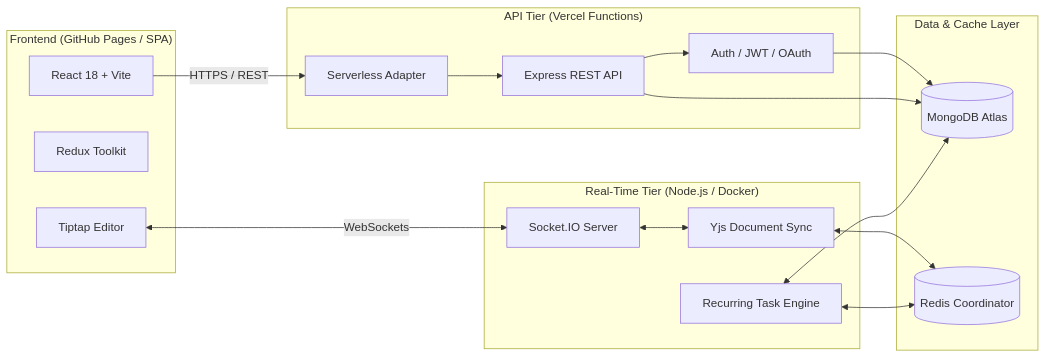
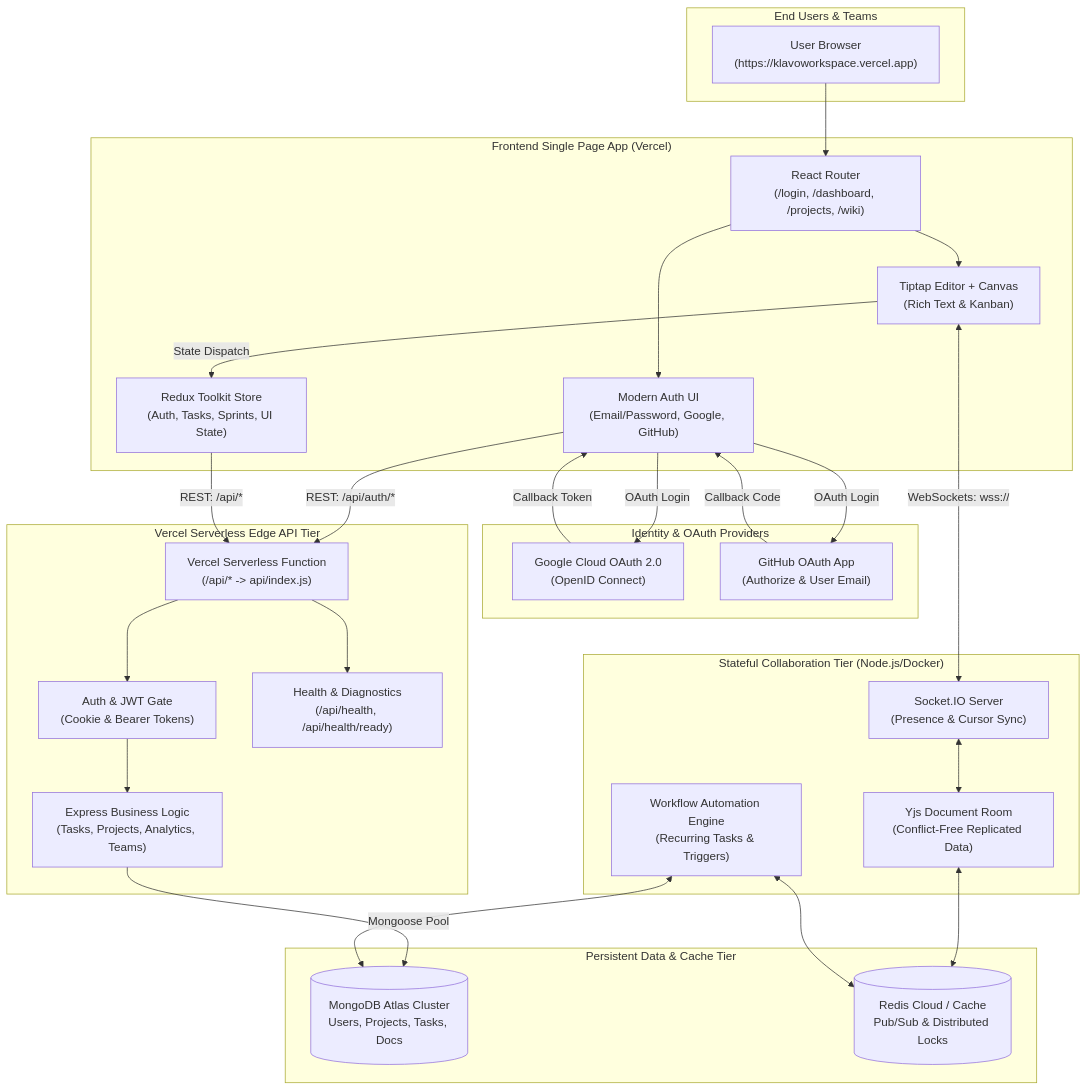
One commit to thisisanimesh01/Klavo changed the diagram in README.md. Above: the diagram before and after it, drawn with Mermaid. The commit also changed other lines of this file and 3 other files, not shown here.

First line of the commit message:
feat(ui): modernize login & registration experience and add website working diagram to README (#149)

````diff
--- a/README.md
+++ b/README.md
@@ -12,37 +15,63 @@
 ```mermaid
-flowchart LR
-    subgraph Client["Frontend (GitHub Pages / SPA)"]
-        UI[React 18 + Vite]
-        RT[Redux Toolkit]
-        Editor[Tiptap Editor]
+flowchart TD
+    %% User entry and client layer
+    subgraph Users["End Users & Teams"]
+        Browser["User Browser\n(https://klavoworkspace.vercel.app)"]
     end
 
-    subgraph Serverless["API Tier (Vercel Functions)"]
-        H[Serverless Adapter]
-        App[Express REST API]
-        Auth[Auth / JWT / OAuth]
+    subgraph ClientApp["Frontend Single Page App (Vercel)"]
+        Router["React Router\n(/login, /dashboard, /projects, /wiki)"]
+        AuthUI["Modern Auth UI\n(Email/Password, Google, GitHub)"]
+        State["Redux Toolkit Store\n(Auth, Tasks, Sprints, UI State)"]
+        CollabUI["Tiptap Editor + Canvas\n(Rich Text & Kanban)"]
     end
 
-    subgraph Stateful["Real-Time Tier (Node.js / Docker)"]
-        WS[Socket.IO Server]
-        CRDT[Yjs Document Sync]
-        Cron[Recurring Task Engine]
+    subgraph Identity["Identity & OAuth Providers"]
+        Google["Google Cloud OAuth 2.0\n(OpenID Connect)"]
+        GitHub["GitHub OAuth App\n(Authorize & User Email)"]
     end
 
-    subgraph DataTier["Data & Cache Layer"]
-        M[(MongoDB Atlas)]
-        R[(Redis Coordinator)]
+    subgraph EdgeTier["Vercel Serverless Edge API Tier"]
+        ApiGateway["Vercel Serverless Function\n(/api/* -> api/index.js)"]
+        AuthModule["Auth & JWT Gate\n(Cookie & Bearer Tokens)"]
+        Controllers["Express Business Logic\n(Tasks, Projects, Analytics, Teams)"]
+        HealthModule["Health & Diagnostics\n(/api/health, /api/health/ready)"]
     end
 
-    UI -->|HTTPS / REST| H
-    H --> App
-    App --> Auth
-    Auth --> M
-    App --> M
+    subgraph RealtimeTier["Stateful Collaboration Tier (Node.js/Docker)"]
+        SocketServer["Socket.IO Server\n(Presence & Cursor Sync)"]
+        CRDTServer["Yjs Document Room\n(Conflict-Free Replicated Data)"]
+        CronEngine["Workflow Automation Engine\n(Recurring Tasks & Triggers)"]
+    end
 
-    Editor <-->|WebSockets| WS
-    WS <--> CRDT
-    CRDT <--> R
-    Cron <--> M
-    Cron <--> R
+    subgraph StorageTier["Persistent Data & Cache Tier"]
+        Mongo[(MongoDB Atlas Cluster\nUsers, Projects, Tasks, Docs)]
+        Redis[(Redis Cloud / Cache\nPub/Sub & Distributed Locks)]
+    end
+
+    %% Flow connections
+    Browser --> Router
+    Router --> AuthUI
+    Router --> CollabUI
+
+    AuthUI -->|OAuth Login| Google
+    AuthUI -->|OAuth Login| GitHub
+    Google -->|Callback Token| AuthUI
+    GitHub -->|Callback Code| AuthUI
+
+    AuthUI -->|REST: /api/auth/*| ApiGateway
+    CollabUI -->|State Dispatch| State
+    State -->|REST: /api/*| ApiGateway
+
+    ApiGateway --> AuthModule
+    AuthModule --> Controllers
+    ApiGateway --> HealthModule
+
+    Controllers -->|Mongoose Pool| Mongo
+
+    CollabUI <-->|WebSockets: wss://| SocketServer
+    SocketServer <--> CRDTServer
+    CRDTServer <--> Redis
+    CronEngine <--> Mongo
+    CronEngine <--> Redis
 ```
````
